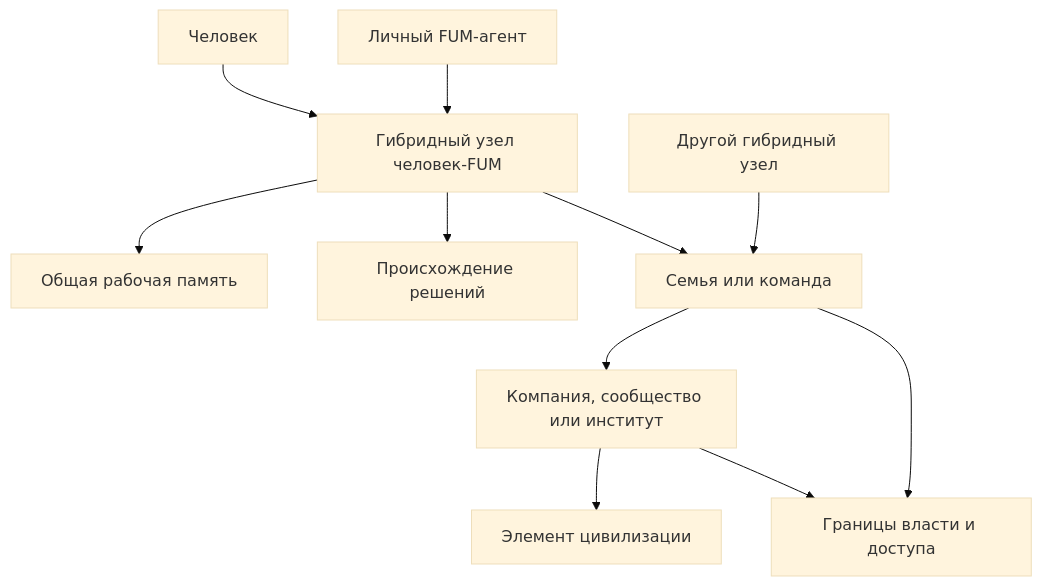
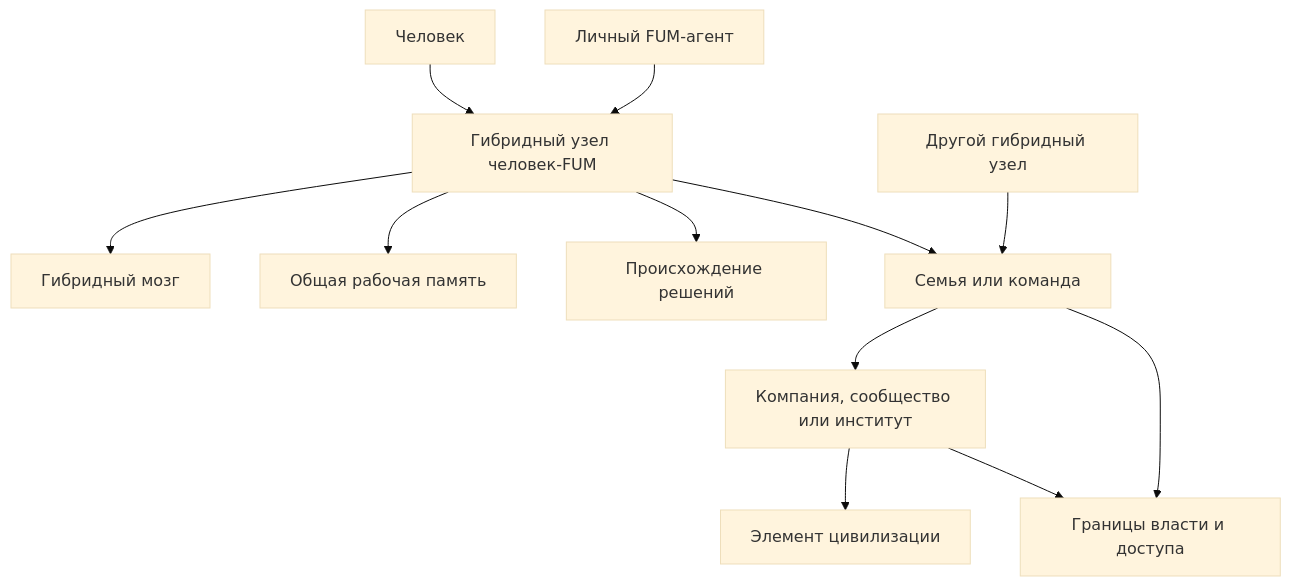
The diagram in Документация/12-гибридные-узлы-и-социальная-фрактальность.md (fum-lab/fum), drawn with Mermaid (base theme) before and after one commit. The commit also changed other lines of this file and 18 other files, not shown here.

First line of the commit message:
Описать гибридный мозг личного FUM

````diff
--- a/Документация/12-гибридные-узлы-и-социальная-фрактальность.md
+++ b/Документация/12-гибридные-узлы-и-социальная-фрактальность.md
@@ -42,13 +52,14 @@
 ```mermaid
 flowchart TD
     human["Человек"] --> hybrid["Гибридный узел человек-FUM"]
     personal_agent["Личный FUM-агент"] --> hybrid
+    hybrid --> hybrid_brain["Гибридный мозг"]
     hybrid --> shared_memory["Общая рабочая память"]
     hybrid --> provenance["Происхождение решений"]
     hybrid --> team["Семья или команда"]
     other_hybrid["Другой гибридный узел"] --> team
     team --> organization["Компания, сообщество или институт"]
     organization --> civilization["Элемент цивилизации"]
     team --> boundaries["Границы власти и доступа"]
     organization --> boundaries
 ```
````
